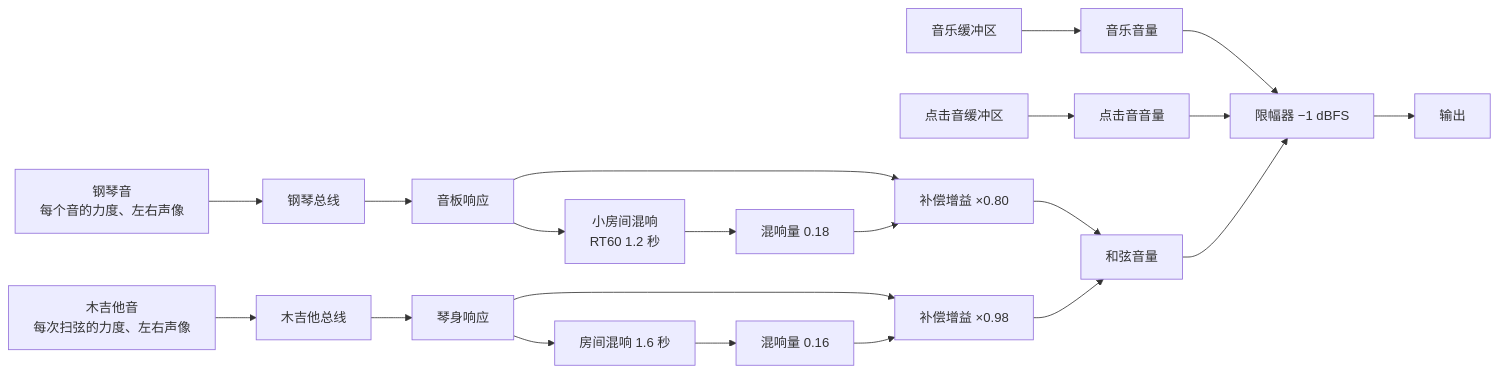
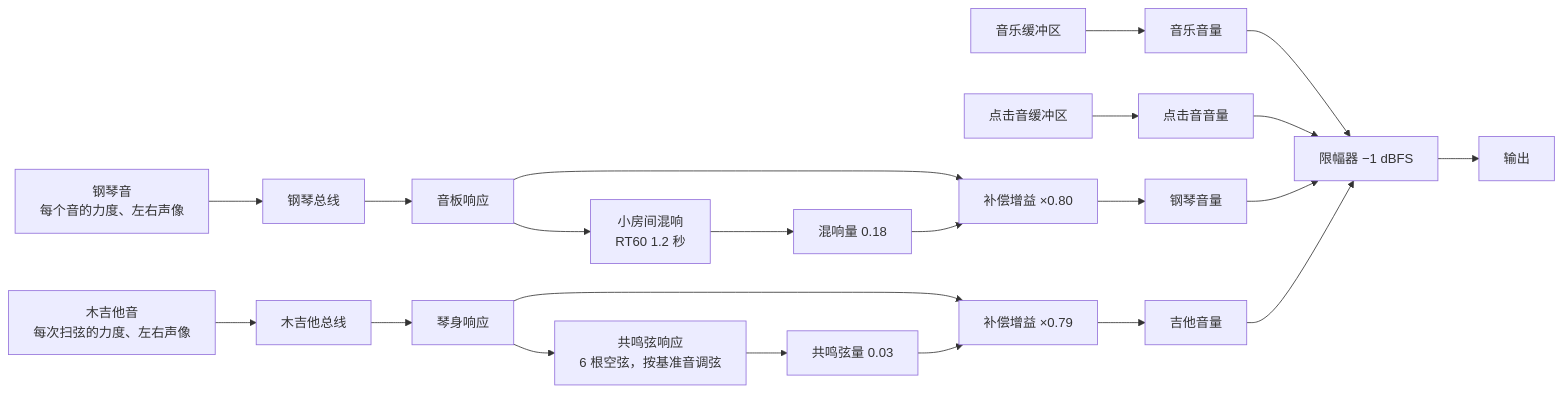
Before and after one commit to Velvitty/Chordity: the third of 3 diagrams in README.zh.md, drawn with Mermaid. The commit also changed other lines of this file and 9 other files, not shown here.

````diff
--- a/README.zh.md
+++ b/README.zh.md
@@ -1419,17 +1419,18 @@
 ```mermaid
 flowchart LR
   M["音乐缓冲区"] --> GM["音乐音量"]
   C["点击音缓冲区"] --> GC["点击音音量"]
   P["钢琴音<br/>每个音的力度、左右声像"] --> PB["钢琴总线"] --> SB["音板响应"]
   SB --> MP["补偿增益 ×0.80"]
   SB --> RP["小房间混响<br/>RT60 1.2 秒"] --> WP["混响量 0.18"] --> MP
   G["木吉他音<br/>每次扫弦的力度、左右声像"] --> GB["木吉他总线"] --> BD["琴身响应"]
-  BD --> MG["补偿增益 ×0.98"]
-  BD --> RG["房间混响 1.6 秒"] --> WG["混响量 0.16"] --> MG
-  MP --> GP["和弦音量"]
-  MG --> GP
+  BD --> MG["补偿增益 ×0.79"]
+  BD --> RG["共鸣弦响应<br/>6 根空弦，按基准音调弦"] --> WG["共鸣弦量 0.03"] --> MG
+  MP --> GP["钢琴音量"]
+  MG --> GG["吉他音量"]
   GM --> L["限幅器 −1 dBFS"]
   GC --> L
   GP --> L
+  GG --> L
   L --> O["输出"]
 ```
````
